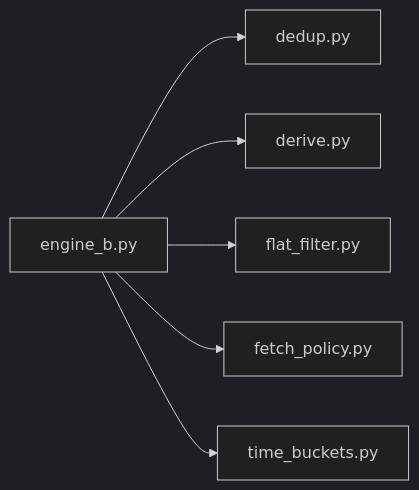
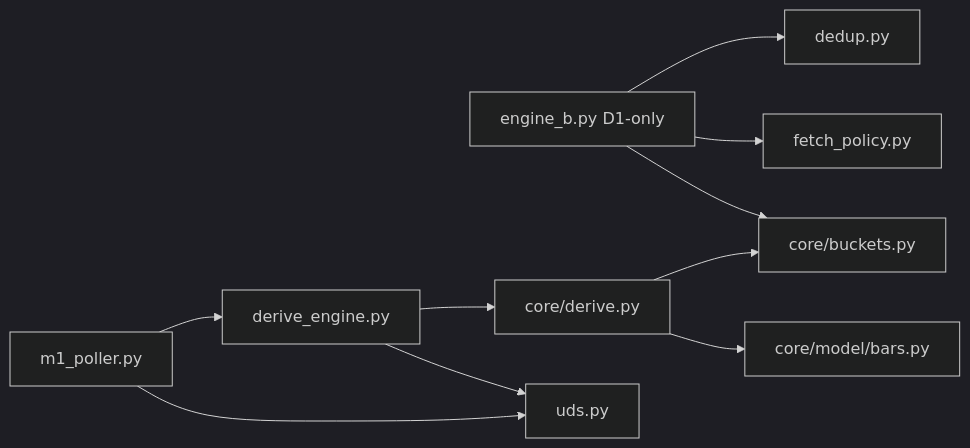
Diagram 12 of 13 in docs/system_current_overview.md (Std07-1/v3), drawn with Mermaid (dark theme) before and after one commit. The commit also changed other lines of this file and 24 other files, not shown here.

````diff
--- a/docs/system_current_overview.md
+++ b/docs/system_current_overview.md
@@ -521,8 +519,12 @@
 ```mermaid
 flowchart LR
-    Engine[engine_b.py] --> Dedup[dedup.py]
-    Engine --> Derive[derive.py]
-    Engine --> Flat[flat_filter.py]
+    Engine[engine_b.py D1-only] --> Dedup[dedup.py]
     Engine --> Fetch[fetch_policy.py]
-    Engine --> Buckets[time_buckets.py]
+    Engine --> CoreBuckets[core/buckets.py]
+    CoreDerive[core/derive.py] --> CoreBuckets
+    CoreDerive --> CoreBars[core/model/bars.py]
+    DeriveEng[derive_engine.py] --> CoreDerive
+    DeriveEng --> UDS[uds.py]
+    M1Poller[m1_poller.py] --> DeriveEng
+    M1Poller --> UDS
 ```
````
